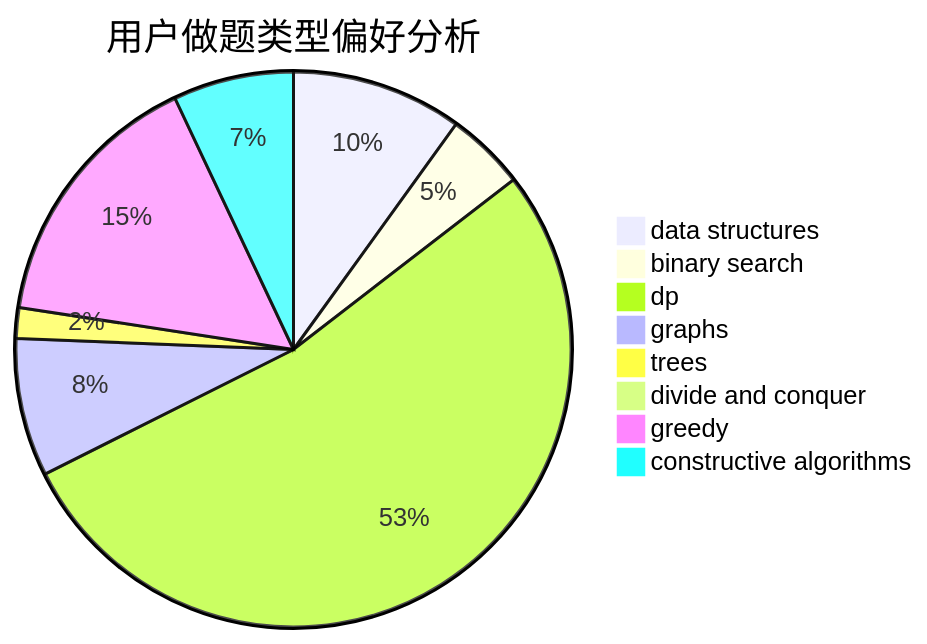
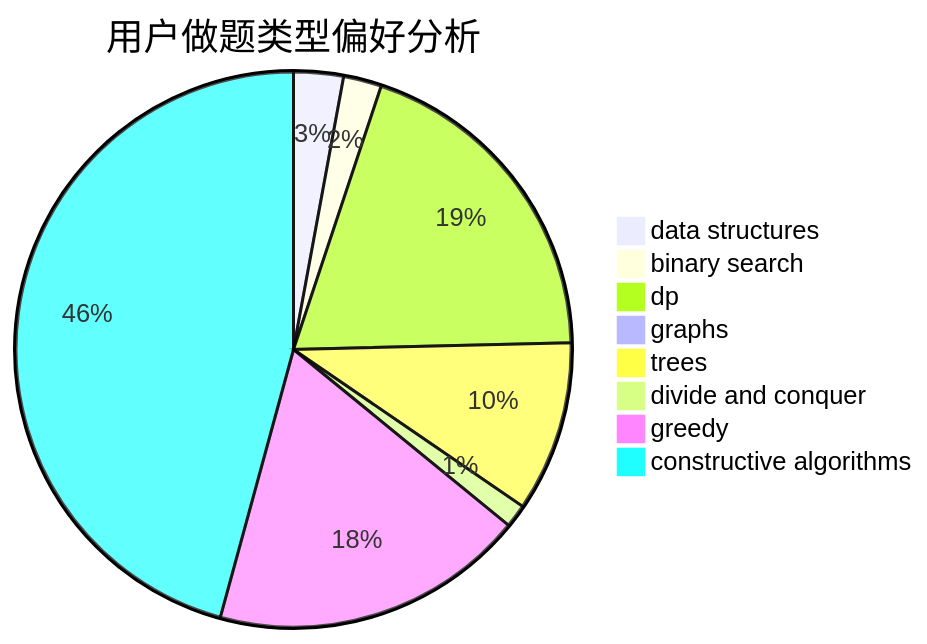
One commit to sherpahu/cfrs.github.io changed the second of 3 diagrams in docs/user/u1750.md. Above: the diagram before and after it, drawn with Mermaid. The commit also changed other lines of this file and 2770 other files, not shown here.

````diff
--- a/docs/user/u1750.md
+++ b/docs/user/u1750.md
@@ -23,11 +23,11 @@
 ```mermaid
 pie title 用户做题类型偏好分析
-    "data structures" :  78
-    "binary search" :  36
-    "dp" :  416
-    "graphs" :  63
-    "trees" :  14
-    "divide and conquer" :  5
-    "greedy" :  122
-    "constructive algorithms" :  55
+    "data structures" :  30
+    "binary search" :  23
+    "dp" :  202
+    "graphs" :  3
+    "trees" :  103
+    "divide and conquer" :  14
+    "greedy" :  190
+    "constructive algorithms" :  474
 ```
````
